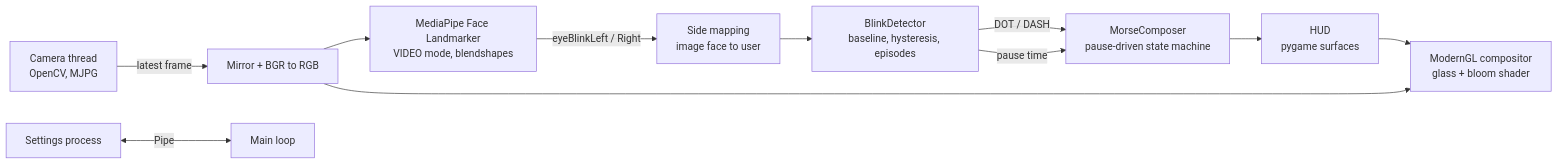
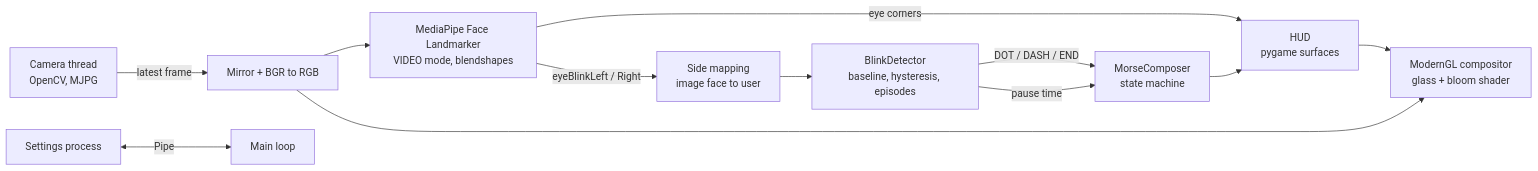
Before and after one commit to trungsyd2409/AI_computer_vision_morse_coding: the diagram in README.md, drawn with Mermaid. The commit also changed other lines of this file and 12 other files, not shown here.

````diff
--- a/README.md
+++ b/README.md
@@ -175,13 +177,14 @@
 ```mermaid
 flowchart LR
     A[Camera thread<br/>OpenCV, MJPG] -->|latest frame| B[Mirror + BGR to RGB]
     B --> C[MediaPipe Face Landmarker<br/>VIDEO mode, blendshapes]
     C -->|eyeBlinkLeft / Right| M[Side mapping<br/>image face to user]
     M --> D[BlinkDetector<br/>baseline, hysteresis, episodes]
-    D -->|DOT / DASH| F[MorseComposer<br/>pause-driven state machine]
+    D -->|DOT / DASH / END| F[MorseComposer<br/>state machine]
     D -->|pause time| F
+    C -->|eye corners| G
     F --> G[HUD<br/>pygame surfaces]
     G --> H[ModernGL compositor<br/>glass + bloom shader]
     B --> H
     I[Settings process] <-->|Pipe| J[Main loop]
 ```
````
